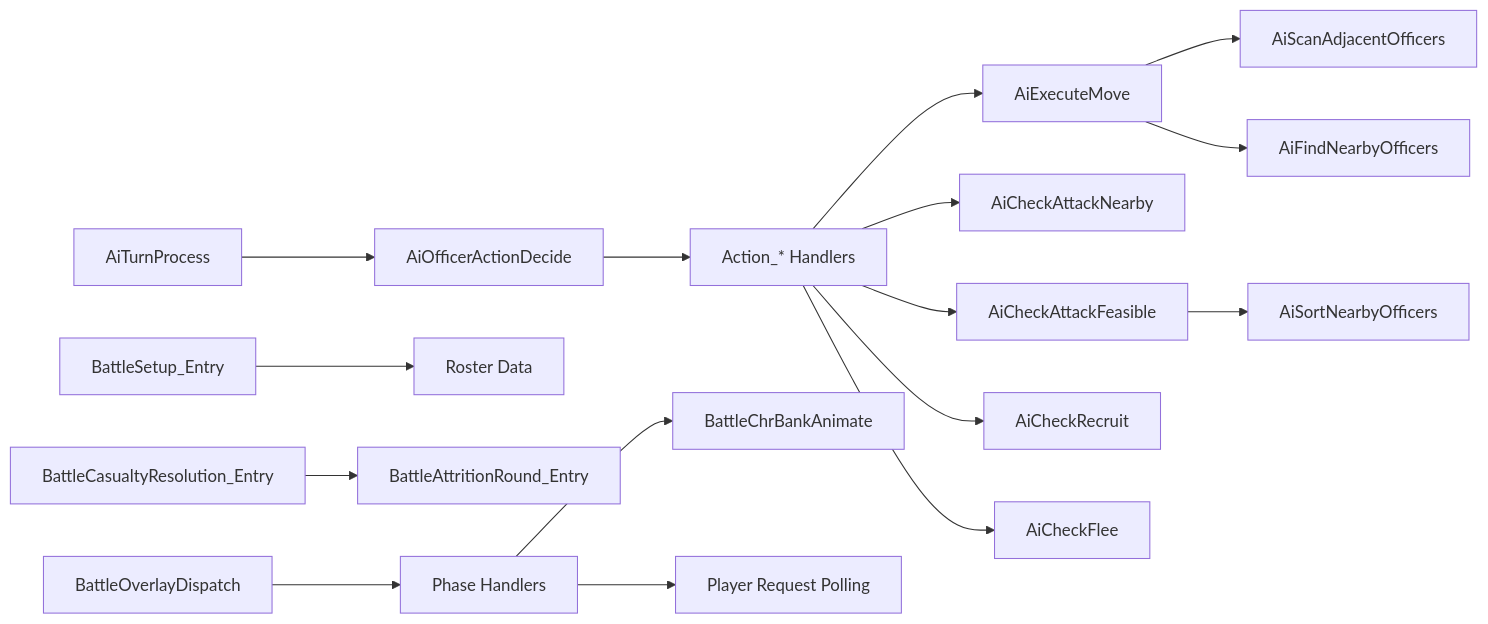
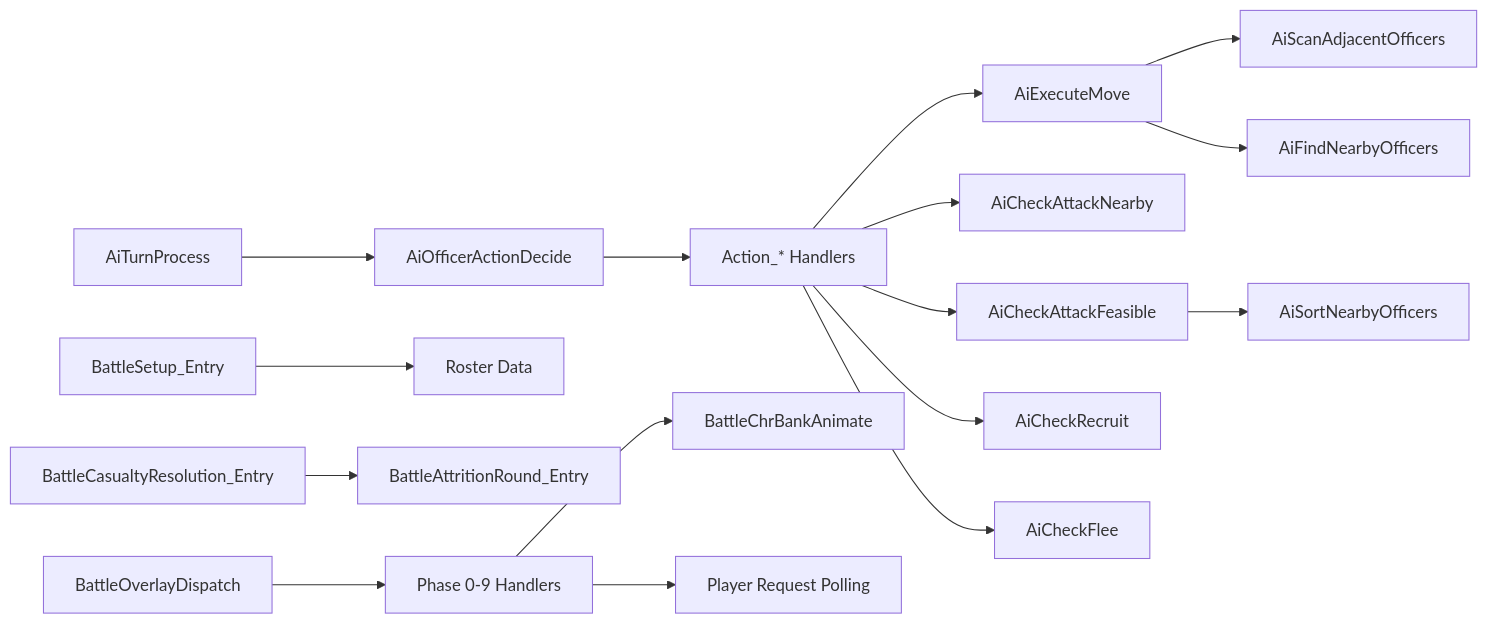
One commit to rabbyzero/sango2dasm changed the tenth of 10 diagrams in .qoder/repowiki/en/content/Assembly Architecture/Bank Organization and Memory Layout/Battle and AI System - PRG Banks $08_$09.md. Above: the diagram before and after it, drawn with Mermaid. The commit also changed other lines of this file and 117 other files, not shown here.

````diff
--- a/.qoder/repowiki/en/content/Assembly Architecture/Bank Organization and Memory Layout/Battle and AI System - PRG Banks $08_$09.md
+++ b/.qoder/repowiki/en/content/Assembly Architecture/Bank Organization and Memory Layout/Battle and AI System - PRG Banks $08_$09.md
@@ -429,18 +433,18 @@
 ```mermaid
 graph LR
 ATP["AiTurnProcess"] --> AOD["AiOfficerActionDecide"]
 AOD --> AH["Action_* Handlers"]
 AH --> MOV["AiExecuteMove"]
 AH --> ATK["AiCheckAttackNearby"]
 AH --> FEAS["AiCheckAttackFeasible"]
 AH --> REC["AiCheckRecruit"]
 AH --> FLEE["AiCheckFlee"]
 MOV --> SCAN["AiScanAdjacentOfficers"]
 MOV --> FIND["AiFindNearbyOfficers"]
 FEAS --> SORT["AiSortNearbyOfficers"]
 BS["BattleSetup_Entry"] --> RO["Roster Data"]
 CR["BattleCasualtyResolution_Entry"] --> AR["BattleAttritionRound_Entry"]
-BO["BattleOverlayDispatch"] --> PH["Phase Handlers"]
+BO["BattleOverlayDispatch"] --> PH["Phase 0-9 Handlers"]
 PH --> CHR["BattleChrBankAnimate"]
 PH --> INPUT["Player Request Polling"]
 ```
````
